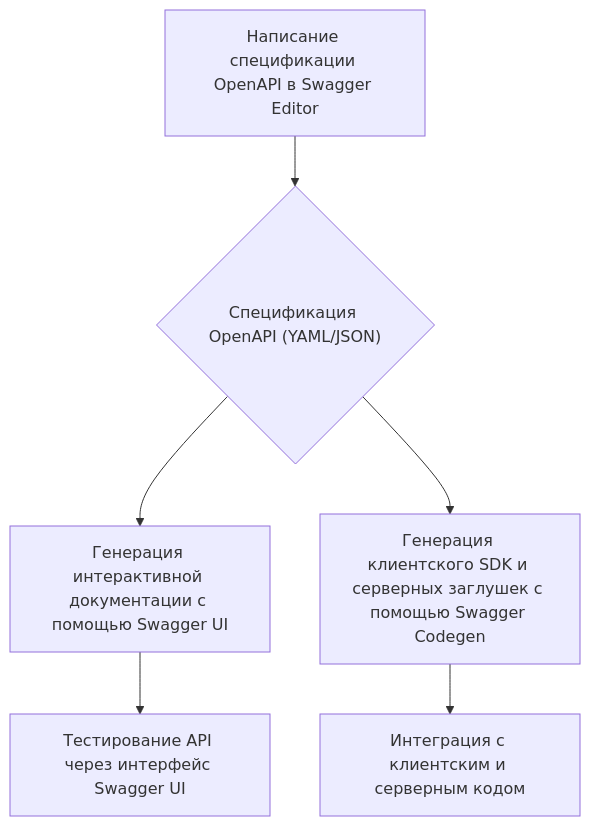
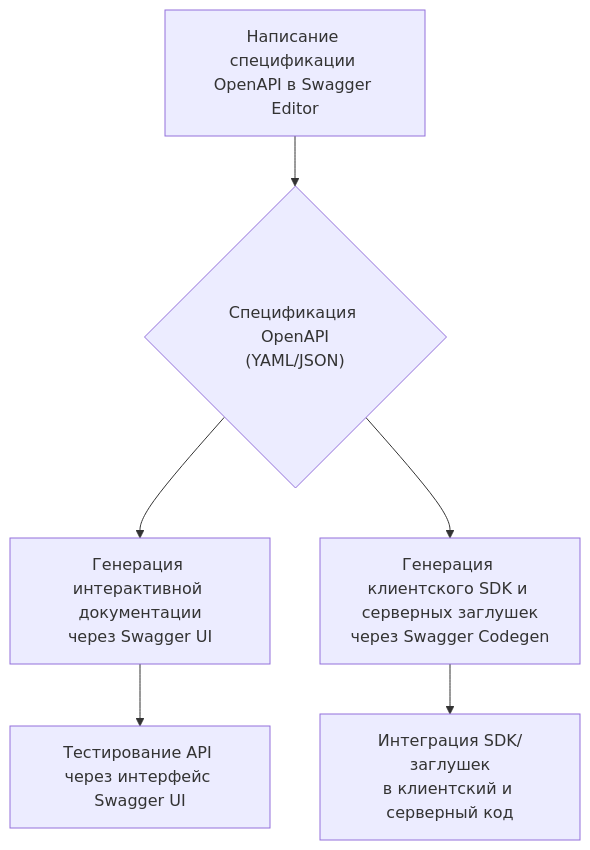
One commit to kaktojosko/sa-wiki-content changed the diagram in topics/swagger.md. Above: the diagram before and after it, drawn with Mermaid.

Commit message:
authguide

````diff
--- a/topics/swagger.md
+++ b/topics/swagger.md
@@ -102,8 +102,8 @@
 ```mermaid
-graph TD
-    A[Написание спецификации OpenAPI в Swagger Editor] --> B{"Спецификация OpenAPI (YAML/JSON)"};
-    B --> C[Генерация интерактивной документации с помощью Swagger UI];
-    B --> D[Генерация клиентского SDK и серверных заглушек с помощью Swagger Codegen];
-    C --> E[Тестирование API через интерфейс Swagger UI];
-    D --> F[Интеграция с клиентским и серверным кодом];
+flowchart TD
+  A[Написание спецификации OpenAPI в Swagger Editor] --> B{"Спецификация OpenAPI<br/>(YAML/JSON)"}
+  B --> C[Генерация интерактивной документации<br/>через Swagger UI]
+  B --> D[Генерация клиентского SDK и серверных заглушек<br/>через Swagger Codegen]
+  C --> E[Тестирование API через интерфейс Swagger UI]
+  D --> F[Интеграция SDK/заглушек<br/>в клиентский и серверный код]
 ```
````
